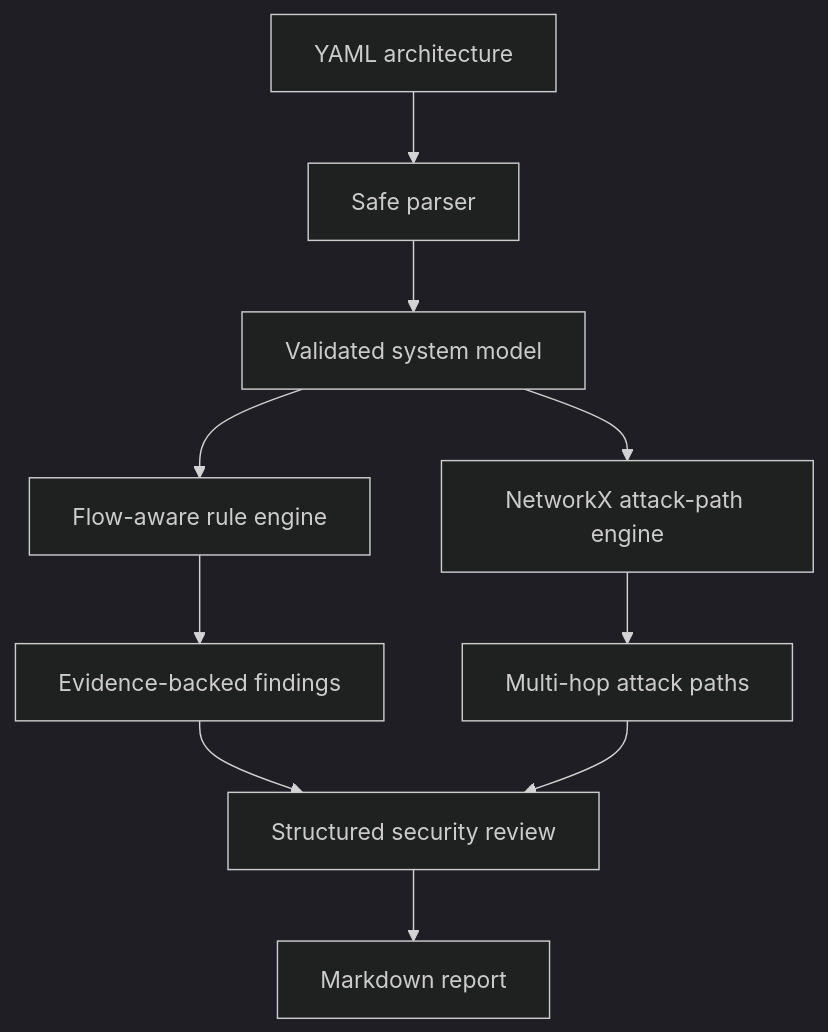
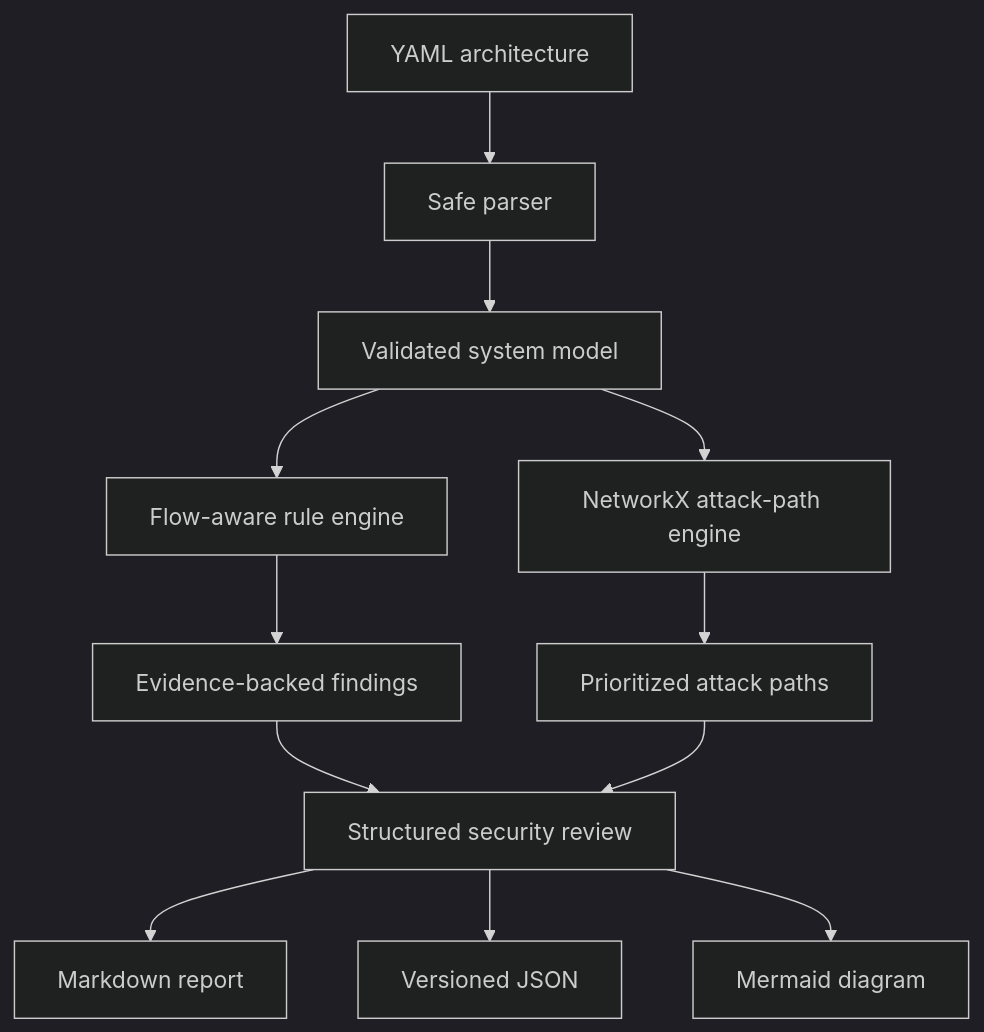
The diagram in README.md (khirawdhi/archsec-reviewer), drawn with Mermaid (dark theme) before and after one commit. The commit also changed other lines of this file and 5 other files, not shown here.

Commit message:
feat: add Mermaid architecture diagram export

````diff
--- a/README.md
+++ b/README.md
@@ -37,12 +38,14 @@
 ```mermaid
 flowchart TD
     A["YAML architecture"] --> B["Safe parser"]
     B --> C["Validated system model"]
     C --> D["Flow-aware rule engine"]
     C --> E["NetworkX attack-path engine"]
     D --> F["Evidence-backed findings"]
-    E --> G["Multi-hop attack paths"]
+    E --> G["Prioritized attack paths"]
     F --> H["Structured security review"]
     G --> H
     H --> I["Markdown report"]
+    H --> J["Versioned JSON"]
+    H --> K["Mermaid diagram"]
 ```
````
